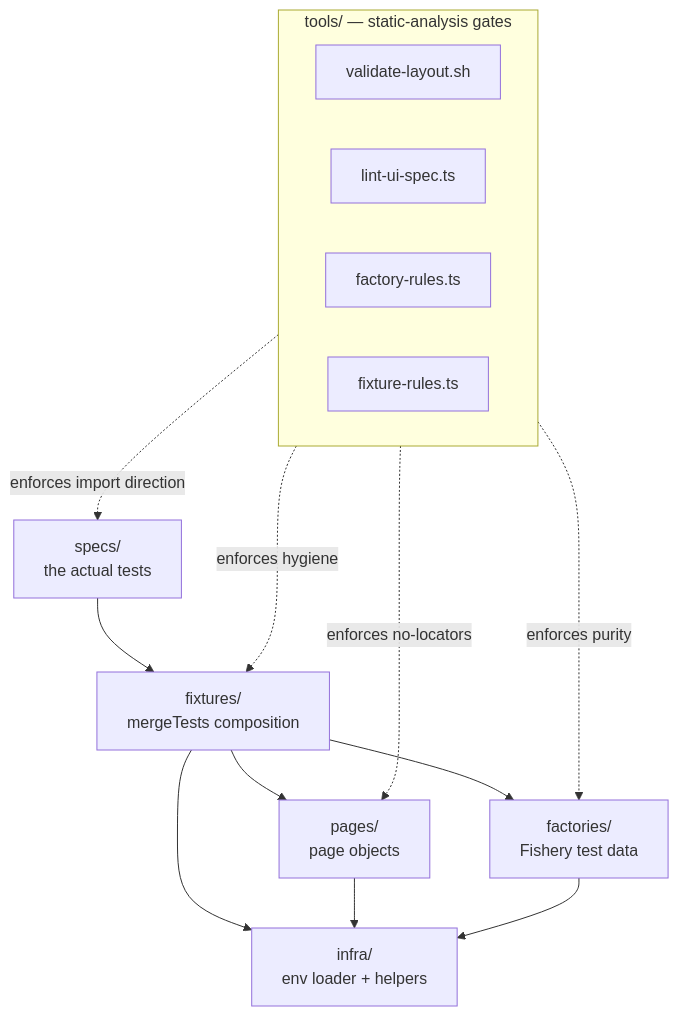
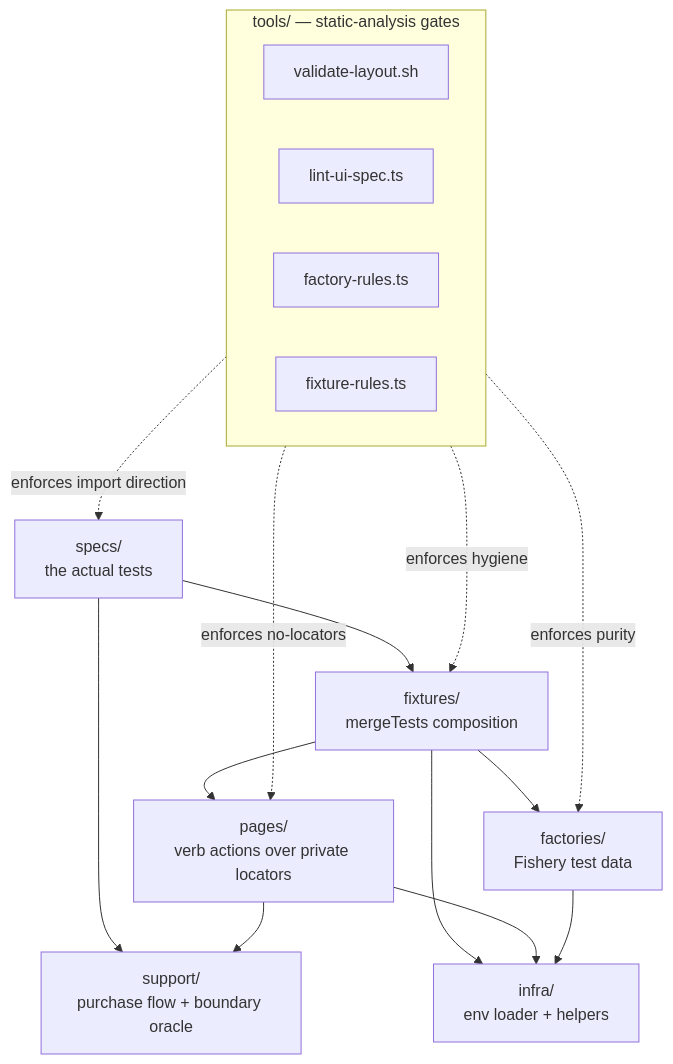
Before and after one commit to Kseolis/test-framework-example: the second of 2 diagrams in README.md, drawn with Mermaid. The commit also changed other lines of this file and 22 other files, not shown here.

First line of the commit message:
refactor(tests): clean-code rewrite — verb POM, support layer, comment-free

````diff
--- a/README.md
+++ b/README.md
@@ -91,22 +91,24 @@
 ```mermaid
 flowchart TD
     specs["specs/<br/>the actual tests"] --> fixtures["fixtures/<br/>mergeTests composition"]
-    fixtures --> pages["pages/<br/>page objects"]
+    specs --> support["support/<br/>purchase flow + boundary oracle"]
+    fixtures --> pages["pages/<br/>verb actions over private locators"]
     fixtures --> factories["factories/<br/>Fishery test data"]
     fixtures --> infra["infra/<br/>env loader + helpers"]
+    pages --> support
     pages --> infra
     factories --> infra
 
     subgraph gates["tools/ — static-analysis gates"]
         direction LR
         v1["validate-layout.sh"]
         v2["lint-ui-spec.ts"]
         v3["factory-rules.ts"]
         v4["fixture-rules.ts"]
     end
 
     gates -. enforces import direction .-> specs
     gates -. enforces purity .-> factories
     gates -. enforces hygiene .-> fixtures
     gates -. enforces no-locators .-> pages
 ```
````
